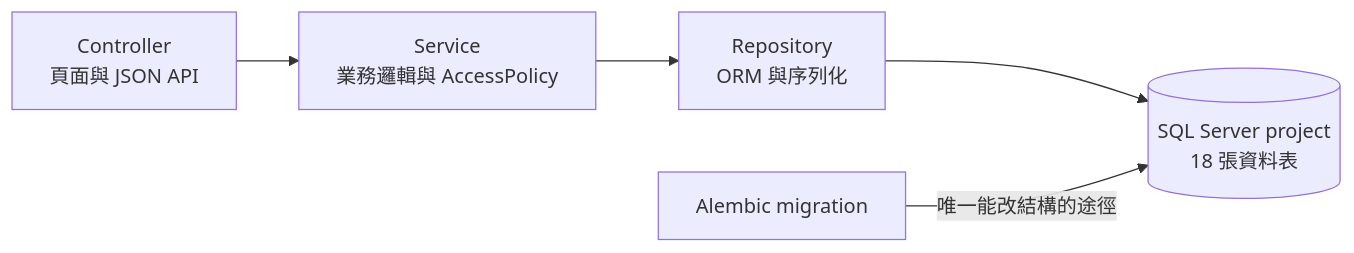
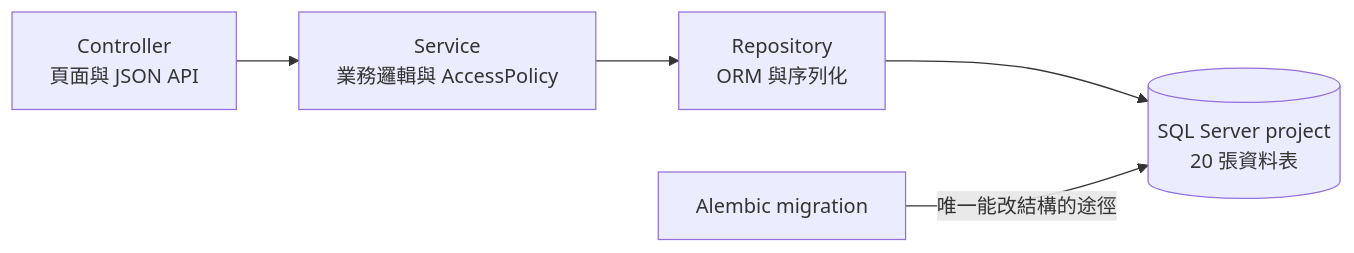
Before and after one commit to pp466pp466/R.A.C: the tenth of 11 diagrams in docs/project資料結構文件.md, drawn with Mermaid. The commit also changed other lines of this file and 84 other files, not shown here.

````diff
--- a/docs/project資料結構文件.md
+++ b/docs/project資料結構文件.md
@@ -1295,7 +1423,7 @@
 ```mermaid
 flowchart LR
     Ctl["Controller<br/>頁面與 JSON API"] --> Svc["Service<br/>業務邏輯與 AccessPolicy"]
     Svc --> Repo["Repository<br/>ORM 與序列化"]
-    Repo --> Db[("SQL Server project<br/>18 張資料表")]
+    Repo --> Db[("SQL Server project<br/>20 張資料表")]
     Mig["Alembic migration"] -->|"唯一能改結構的途徑"| Db
 ```
````
